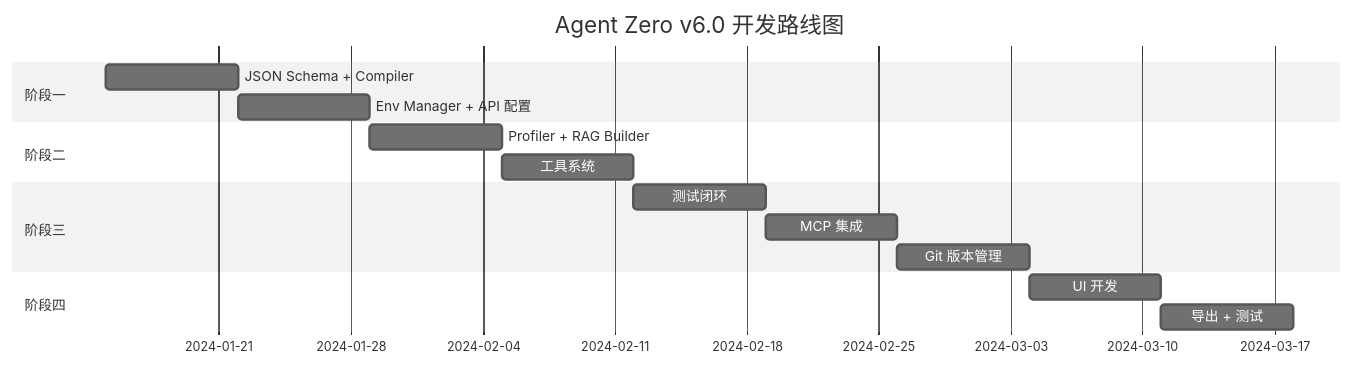
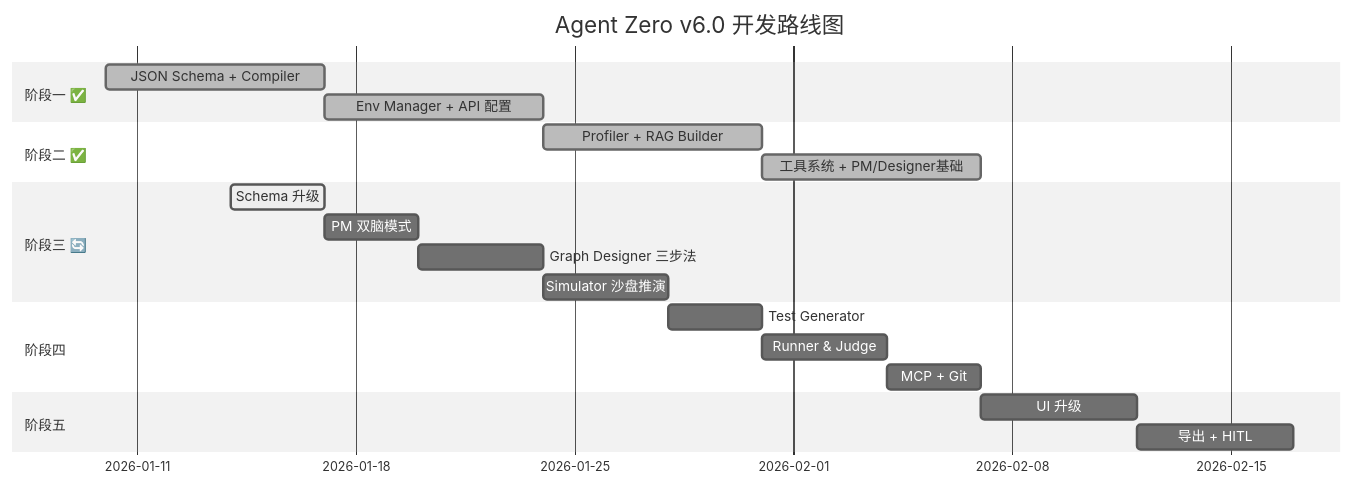
Before and after one commit to Olding1/Agent_Zero: the second of 2 diagrams in Agent_Zero_详细实施计划.md, drawn with Mermaid (neutral theme). The commit also changed other lines of this file and 165 other files, not shown here.

````diff
--- a/Agent_Zero_详细实施计划.md
+++ b/Agent_Zero_详细实施计划.md
@@ -762,18 +820,23 @@
 ```mermaid
 gantt
     title Agent Zero v6.0 开发路线图
     dateFormat  YYYY-MM-DD
-    section 阶段一
-    JSON Schema + Compiler     :a1, 2024-01-15, 7d
-    Env Manager + API 配置    :a2, after a1, 7d
-    section 阶段二
-    Profiler + RAG Builder    :a3, after a2, 7d
-    工具系统                   :a4, after a3, 7d
-    section 阶段三
-    测试闭环                   :a5, after a4, 7d
-    MCP 集成                   :a6, after a5, 7d
-    Git 版本管理               :a7, after a6, 7d
+    section 阶段一 ✅
+    JSON Schema + Compiler     :done, a1, 2026-01-10, 7d
+    Env Manager + API 配置    :done, a2, after a1, 7d
+    section 阶段二 ✅
+    Profiler + RAG Builder    :done, a3, after a2, 7d
+    工具系统 + PM/Designer基础 :done, a4, after a3, 7d
+    section 阶段三 🔄
+    Schema 升级              :active, a5, 2026-01-14, 3d
+    PM 双脑模式              :a6, after a5, 3d
+    Graph Designer 三步法    :a7, after a6, 4d
+    Simulator 沙盘推演       :a8, after a7, 4d
     section 阶段四
-    UI 开发                    :a8, after a7, 7d
-    导出 + 测试                :a9, after a8, 7d
+    Test Generator           :a9, after a8, 3d
+    Runner & Judge           :a10, after a9, 4d
+    MCP + Git               :a11, after a10, 3d
+    section 阶段五
+    UI 升级                 :a12, after a11, 5d
+    导出 + HITL             :a13, after a12, 5d
 ```
````
